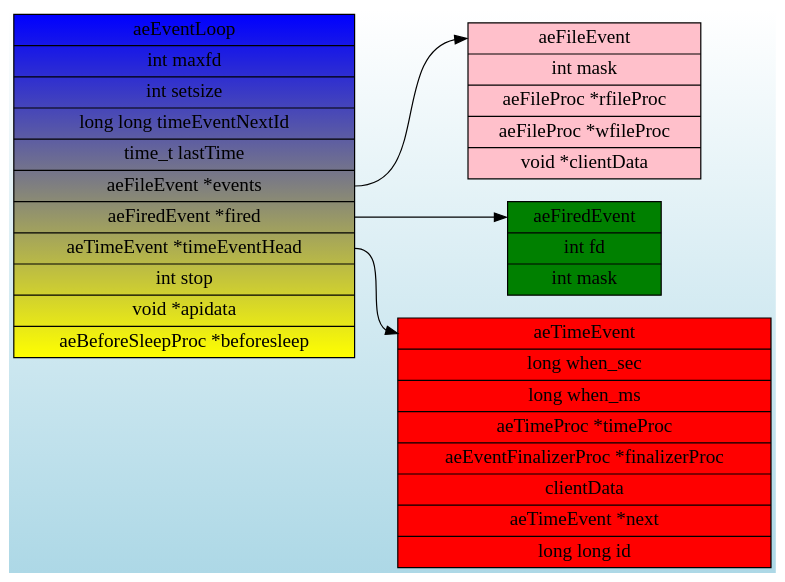
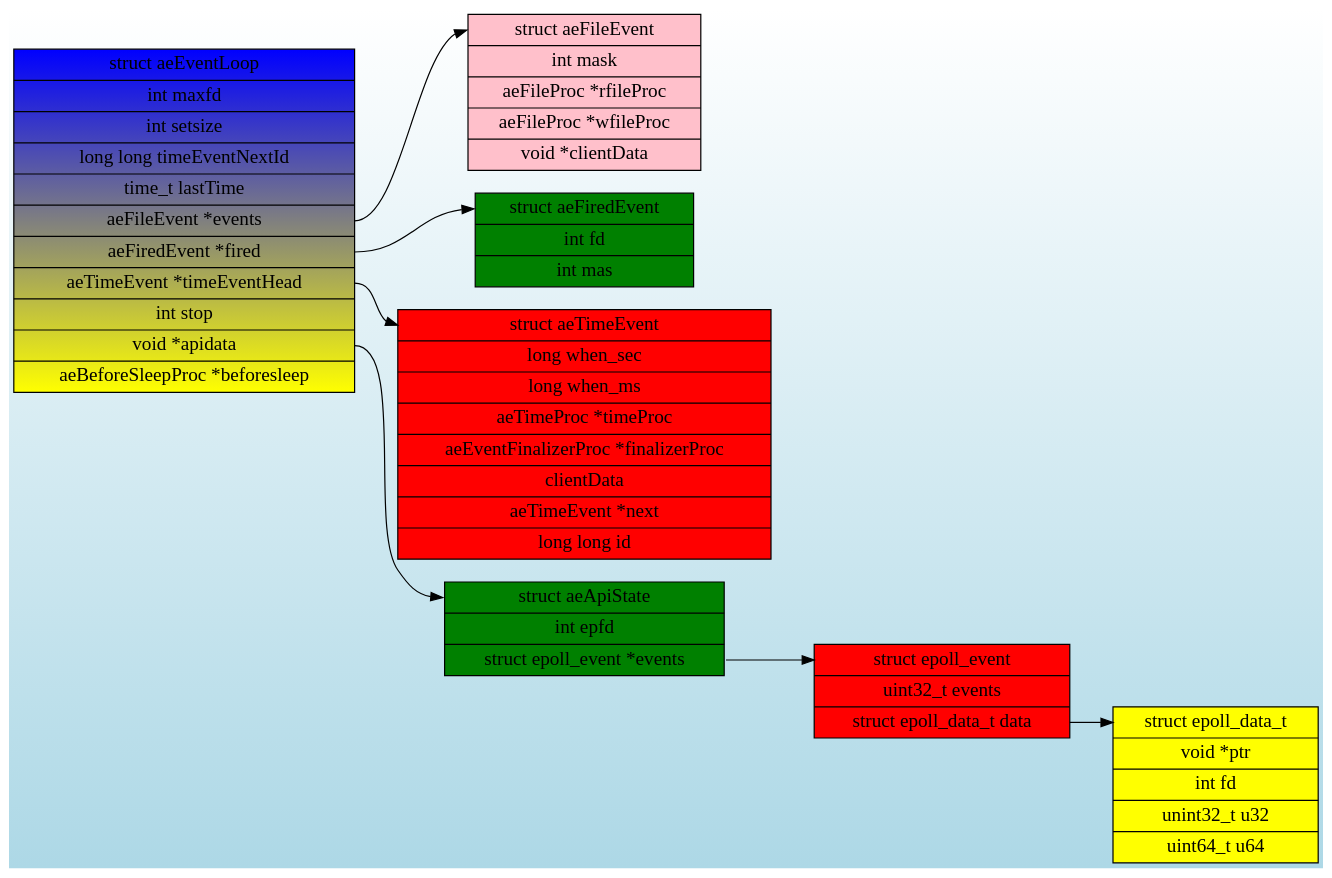
The diagram in redis.dot (mawentao007/latex), drawn with Graphviz before and after one commit. The commit also changed 2 other files, not shown here.

```diff
--- a/redis.dot
+++ b/redis.dot
@@ -1,50 +1,99 @@
 digraph g{
 	graph[
 		rankdir = "LR"
 		bgcolor = "white:lightblue"
 		style="filled"
 		gradientangle = 270
 		];
 
 	node[
 		fontsize = "16"
 		shape = "record"
 		style = "filled"
 		gradientangle=90
 		];
 	edge[
 		];
 
 	"aeEventLoop"[
-		label = "<f0>aeEventLoop|<f1>int maxfd|<f2>int setsize|<f3>long long timeEventNextId|<f4>time_t lastTime|<f5>aeFileEvent *events|<f6>aeFiredEvent *fired|<f7>aeTimeEvent *timeEventHead|<f8>int stop|<f9>void *apidata|<f10>aeBeforeSleepProc *beforesleep"
+		label = "<f0>struct aeEventLoop|<f1>int maxfd|<f2>int setsize|<f3>long long timeEventNextId|<f4>time_t lastTime|<f5>aeFileEvent *events|<f6>aeFiredEvent *fired|<f7>aeTimeEvent *timeEventHead|<f8>int stop|<f9>void *apidata|<f10>aeBeforeSleepProc *beforesleep"
 		fillcolor = "yellow:blue"
 		];
 
 	"aeFiredEvent"[
-		label = "<f0>aeFiredEvent|<f1>int fd|<f2>int mask"
+		label = "<f0>struct aeFiredEvent|<f1>int fd|<f2>int mas"
 		fillcolor = "green"
 		]
 
 	"aeTimeEvent"[
-		label = "<f0>aeTimeEvent|<f1>long when_sec|<f2>long when_ms|<f3>aeTimeProc *timeProc|<f4>aeEventFinalizerProc *finalizerProc|<f5>clientData|<f6>aeTimeEvent *next|<f7>long long id"
+		label = "<f0>struct aeTimeEvent|<f1>long when_sec|<f2>long when_ms|<f3>aeTimeProc *timeProc|<f4>aeEventFinalizerProc *finalizerProc|<f5>clientData|<f6>aeTimeEvent *next|<f7>long long id"
 		fillcolor = "red"
 		]
 
 	"aeFileEvent"[
-		label = "<f0>aeFileEvent|<f1>int mask|<f2>aeFileProc *rfileProc|<f3>aeFileProc *wfileProc|<f4>void *clientData"
+		label = "<f0>struct aeFileEvent|<f1>int mask|<f2>aeFileProc *rfileProc|<f3>aeFileProc *wfileProc|<f4>void *clientData"
 		fillcolor = "pink"
 		]
 
 	"aeEventLoop":f5->"aeFileEvent":f0
 	"aeEventLoop":f6->"aeFiredEvent":f0
 	"aeEventLoop":f7->"aeTimeEvent":f0
 
 
 //	"node4"[
 //		label = "<f0>|<f1>|<f2>|<f3>|<f4>|<f5>|<f6>|<f7>|<f8>|<f9>|<f10>|<f11>"
 //		]
 
 //	"node1"[
 //		label = "<f0>|<f1>|<f2>|<f3>|<f4>|<f5>|<f6>|<f7>|<f8>|<f9>|<f10>|<f11>"
 //		]
+//}
+
+//digraph f{
+//	graph[
+//		rankdir = "LR"
+//		bgcolor = "white:lightblue"
+//		style="filled"
+//		gradientangle = 270
+//		];
+
+//	node[
+//		fontsize = "16"
+//		shape = "record"
+//		style = "filled"
+//		gradientangle=90
+//		];
+//	edge[
+//		];
+
+//	"robj"[
+//		label = "<f0>robj|<f1>unsigned type:4|<f2>unsigned notused:2|<f4>unsigned encoding:4|<f5>unsigned lru:22|<f6>int refcount|<f7>void *ptr"
+//		]
+
+//	"redisDb"[
+//		label = "<f0>redisDb|<f1>dict *dict|<f2>dict *expires|<f3>dict *blocking_keys|<f4>dict *ready_keys|<f5>dict *watched_keys|<f6>int id"
+//		]
+
+	"epoll_event"[
+		label = "<f0>struct epoll_event|<f1>uint32_t events|<f2>struct epoll_data_t data"
+		fillcolor = "red"
+		]
+
+	"epoll_data"[
+		label = "<f0>struct epoll_data_t|<f1>void *ptr|<f2>int fd|<f3>unint32_t u32|<f4>uint64_t u64"
+		fillcolor = "yellow"
+		]
+
+	"aeApiState"[
+		label = "<f0>struct aeApiState|<f1>int epfd|<f2>struct epoll_event *events"
+		fillcolor = "green"
+		]
+
+//	"fd_set"[
+//		label = "<f0>struct fd_set|<f1>|<f2>|<f3>|<f4>|<f5>|<f6>|<f7>|<f8>|<f9>|<f10>|<f11>"
+//		]
+	
+	"aeApiState":f2 -> "epoll_event":f0
+    "epoll_event":f2 -> "epoll_data":f0
+    "aeEventLoop":f9 -> "aeApiState":f0
 }
```
